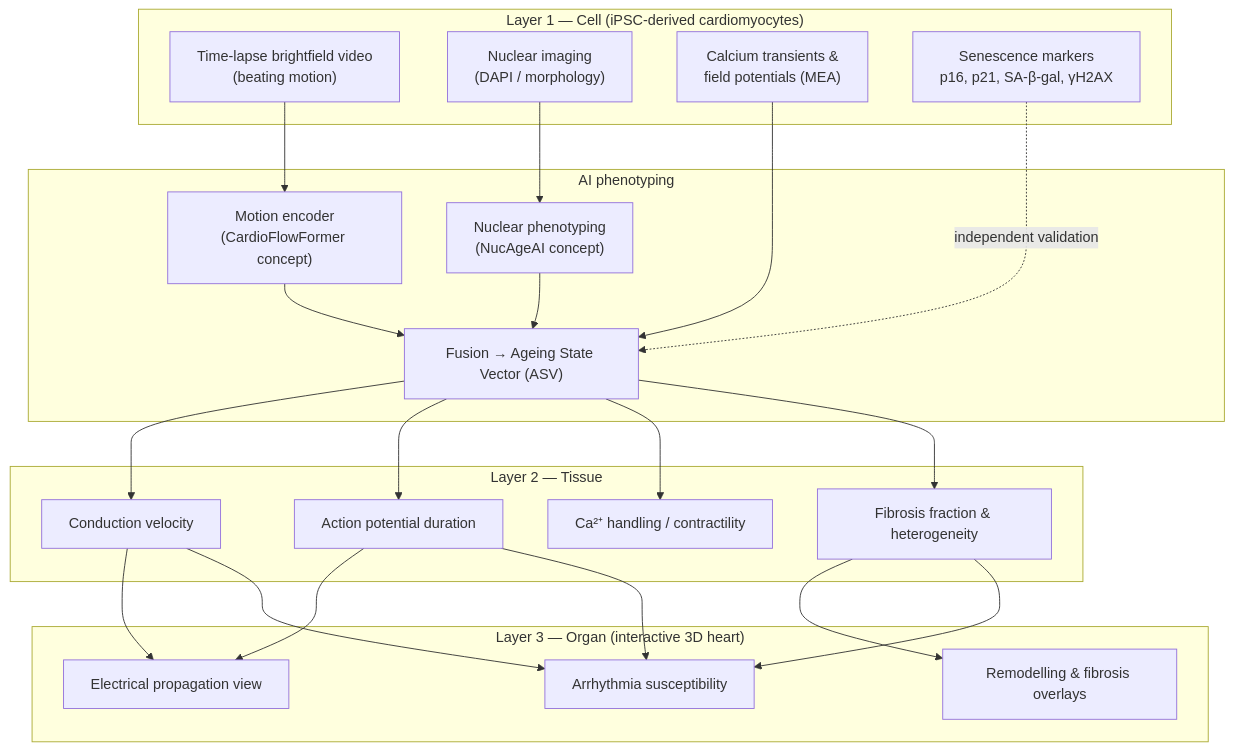
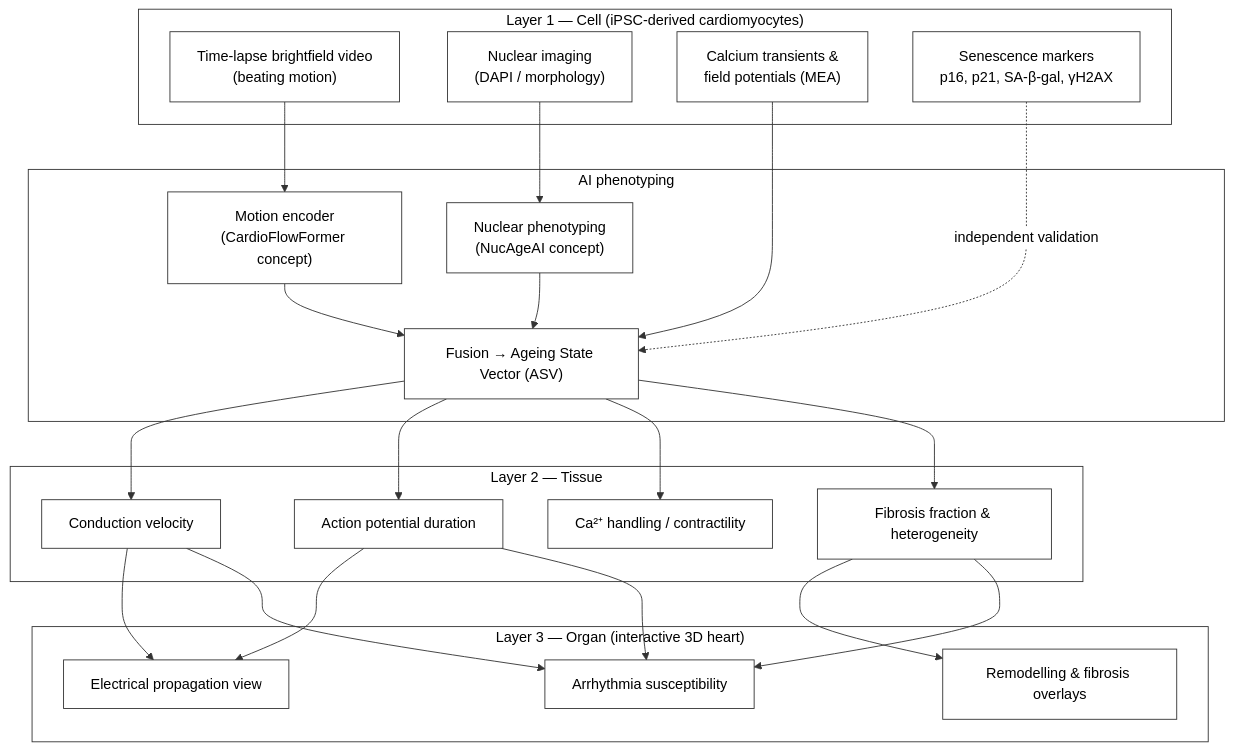
Before and after one commit to datascintist-abusufian/Cardiac-Ageing-Digital-Twin: the diagram in README.md, drawn with Mermaid.

Commit message:
Use white backgrounds in architecture diagram

````diff
--- a/README.md
+++ b/README.md
@@ -29,39 +29,47 @@
 ```mermaid
+%%{init: {'theme': 'base', 'themeVariables': {'primaryColor': '#ffffff', 'primaryBorderColor': '#333333', 'primaryTextColor': '#000000', 'lineColor': '#333333', 'clusterBkg': '#ffffff', 'clusterBorder': '#333333', 'background': '#ffffff'}}}%%
 flowchart TB
     subgraph L1["Layer 1 — Cell (iPSC-derived cardiomyocytes)"]
         A1["Time-lapse brightfield video<br/>(beating motion)"]
         A2["Nuclear imaging<br/>(DAPI / morphology)"]
         A3["Calcium transients &<br/>field potentials (MEA)"]
         A4["Senescence markers<br/>p16, p21, SA-β-gal, γH2AX"]
     end
 
     subgraph AI["AI phenotyping"]
         B1["Motion encoder<br/>(CardioFlowFormer concept)"]
         B2["Nuclear phenotyping<br/>(NucAgeAI concept)"]
         B3["Fusion → Ageing State Vector (ASV)"]
     end
 
     subgraph L2["Layer 2 — Tissue"]
         C1["Conduction velocity"]
         C2["Action potential duration"]
         C3["Ca²⁺ handling / contractility"]
         C4["Fibrosis fraction & heterogeneity"]
     end
 
     subgraph L3["Layer 3 — Organ (interactive 3D heart)"]
         D1["Electrical propagation view"]
         D2["Remodelling & fibrosis overlays"]
         D3["Arrhythmia susceptibility"]
     end
 
     A1 --> B1
     A2 --> B2
     A3 --> B3
     A4 -. independent validation .-> B3
     B1 --> B3
     B2 --> B3
     B3 --> C1 & C2 & C3 & C4
     C1 & C2 --> D1
     C4 --> D2
     C1 & C2 & C4 --> D3
+
+    classDef white fill:#ffffff,stroke:#333333,stroke-width:1px,color:#000000
+    class A1,A2,A3,A4,B1,B2,B3,C1,C2,C3,C4,D1,D2,D3 white
+    style L1 fill:#ffffff,stroke:#333333,color:#000000
+    style AI fill:#ffffff,stroke:#333333,color:#000000
+    style L2 fill:#ffffff,stroke:#333333,color:#000000
+    style L3 fill:#ffffff,stroke:#333333,color:#000000
 ```
````
